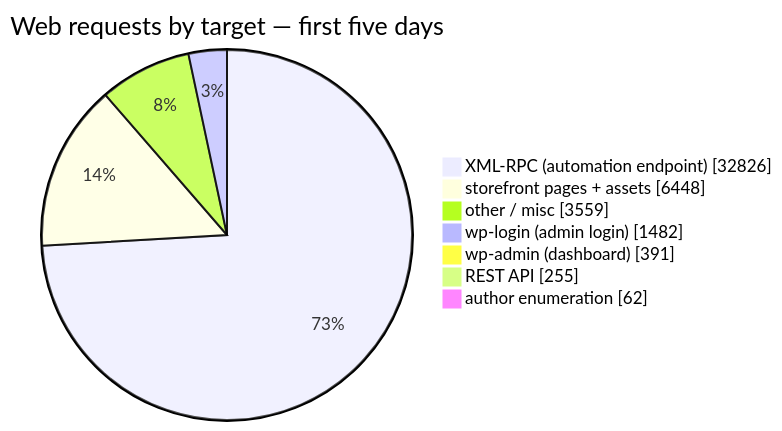
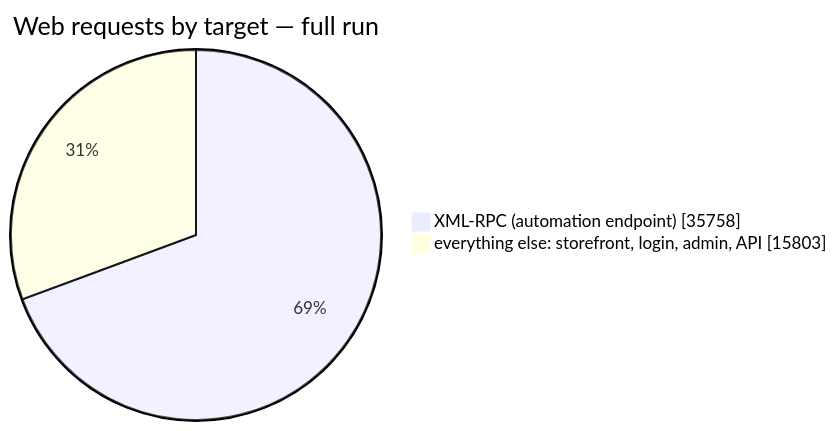
Before and after one commit to gogvale/oliveira-ninja-blog: the second of 2 diagrams in _drafts/2026-09-06-decoy-boutique.md, drawn with Mermaid. The commit also changed other lines of this file and 6 other files, not shown here.

First line of the commit message:
honeypot draft: refresh to the closed run (Sep 7-13) + regenerate charts

````diff
--- a/_drafts/2026-09-06-decoy-boutique.md
+++ b/_drafts/2026-09-06-decoy-boutique.md
@@ -102,11 +106,6 @@
 ```mermaid
 pie showData
-    title Web requests by target — first five days
-    "XML-RPC (automation endpoint)" : 32826
-    "storefront pages + assets" : 6448
-    "other / misc" : 3559
-    "wp-login (admin login)" : 1482
-    "wp-admin (dashboard)" : 391
-    "REST API" : 255
-    "author enumeration" : 62
+    title Web requests by target — full run
+    "XML-RPC (automation endpoint)" : 35758
+    "everything else: storefront, login, admin, API" : 15803
 ```
````
